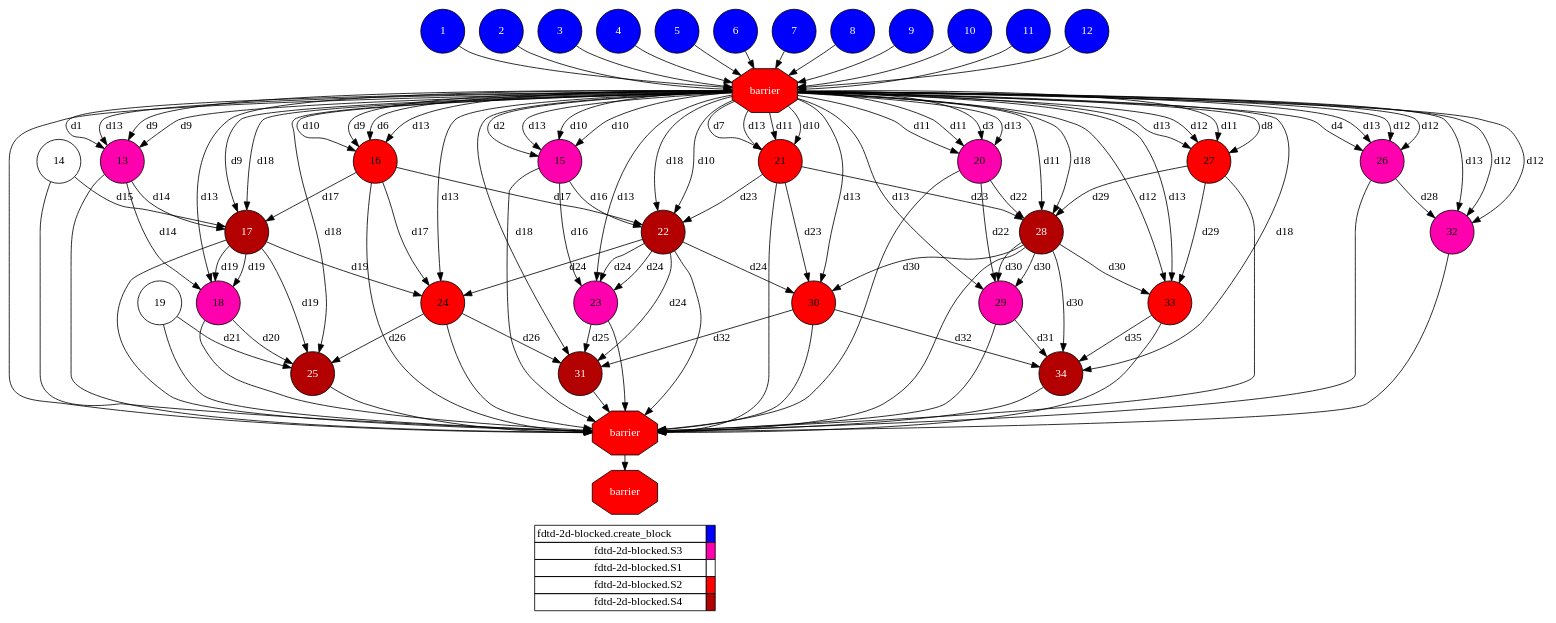
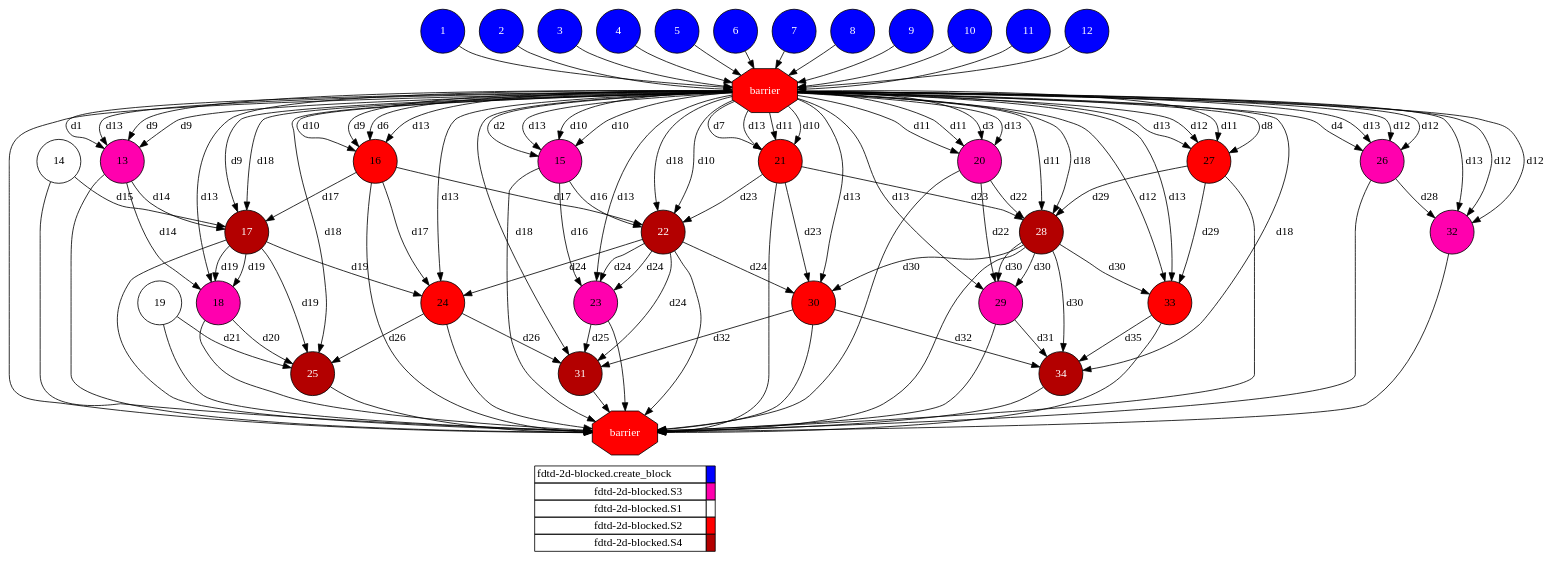
One commit to cristianrcv/pycompss-autoparallel changed the diagram in examples/fdtd-2d-blocked/results/local/autoparallel/complete_graph.dot. Above: the diagram before and after it, drawn with Graphviz. The commit also changed 107 other files, not shown here.

```diff
--- a/examples/fdtd-2d-blocked/results/local/autoparallel/complete_graph.dot
+++ b/examples/fdtd-2d-blocked/results/local/autoparallel/complete_graph.dot
@@ -1,197 +1,195 @@
 digraph {
   rankdir=TB;
   labeljust="l";
   subgraph dependence_graph {
     ranksep=0.20;
     node[height=0.75];
 
 1[shape=circle, style=filled fillcolor="#0000ff" fontcolor="#ffffff"];
 2[shape=circle, style=filled fillcolor="#0000ff" fontcolor="#ffffff"];
 3[shape=circle, style=filled fillcolor="#0000ff" fontcolor="#ffffff"];
 4[shape=circle, style=filled fillcolor="#0000ff" fontcolor="#ffffff"];
 5[shape=circle, style=filled fillcolor="#0000ff" fontcolor="#ffffff"];
 6[shape=circle, style=filled fillcolor="#0000ff" fontcolor="#ffffff"];
 7[shape=circle, style=filled fillcolor="#0000ff" fontcolor="#ffffff"];
 8[shape=circle, style=filled fillcolor="#0000ff" fontcolor="#ffffff"];
 9[shape=circle, style=filled fillcolor="#0000ff" fontcolor="#ffffff"];
 10[shape=circle, style=filled fillcolor="#0000ff" fontcolor="#ffffff"];
 11[shape=circle, style=filled fillcolor="#0000ff" fontcolor="#ffffff"];
 12[shape=circle, style=filled fillcolor="#0000ff" fontcolor="#ffffff"];
 Synchro1[label="barrier", shape=octagon, style=filled fillcolor="#ff0000" fontcolor="#FFFFFF"];
-6 -> Synchro1;
-4 -> Synchro1;
-5 -> Synchro1;
-8 -> Synchro1;
-11 -> Synchro1;
-10 -> Synchro1;
-3 -> Synchro1;
-12 -> Synchro1;
 1 -> Synchro1;
 7 -> Synchro1;
+5 -> Synchro1;
+3 -> Synchro1;
+4 -> Synchro1;
+2 -> Synchro1;
+10 -> Synchro1;
+11 -> Synchro1;
 9 -> Synchro1;
-2 -> Synchro1;
+12 -> Synchro1;
+6 -> Synchro1;
+8 -> Synchro1;
 13[shape=circle, style=filled fillcolor="#ff00ae" fontcolor="#000000"];
 Synchro1 -> 13[ label="d1" ];
 Synchro1 -> 13[ label="d13" ];
 Synchro1 -> 13[ label="d9" ];
 Synchro1 -> 13[ label="d9" ];
 14[shape=circle, style=filled fillcolor="#ffffff" fontcolor="#000000"];
 15[shape=circle, style=filled fillcolor="#ff00ae" fontcolor="#000000"];
 Synchro1 -> 15[ label="d2" ];
 Synchro1 -> 15[ label="d13" ];
 Synchro1 -> 15[ label="d10" ];
 Synchro1 -> 15[ label="d10" ];
 16[shape=circle, style=filled fillcolor="#ff0000" fontcolor="#000000"];
 Synchro1 -> 16[ label="d6" ];
 Synchro1 -> 16[ label="d13" ];
 Synchro1 -> 16[ label="d10" ];
 Synchro1 -> 16[ label="d9" ];
 17[shape=circle, style=filled fillcolor="#b30000" fontcolor="#ffffff"];
 Synchro1 -> 17[ label="d9" ];
 Synchro1 -> 17[ label="d18" ];
 13 -> 17[ label="d14" ];
 16 -> 17[ label="d17" ];
 14 -> 17[ label="d15" ];
 18[shape=circle, style=filled fillcolor="#ff00ae" fontcolor="#000000"];
 13 -> 18[ label="d14" ];
 Synchro1 -> 18[ label="d13" ];
 17 -> 18[ label="d19" ];
 17 -> 18[ label="d19" ];
 19[shape=circle, style=filled fillcolor="#ffffff" fontcolor="#000000"];
 20[shape=circle, style=filled fillcolor="#ff00ae" fontcolor="#000000"];
 Synchro1 -> 20[ label="d3" ];
 Synchro1 -> 20[ label="d13" ];
 Synchro1 -> 20[ label="d11" ];
 Synchro1 -> 20[ label="d11" ];
 21[shape=circle, style=filled fillcolor="#ff0000" fontcolor="#000000"];
 Synchro1 -> 21[ label="d7" ];
 Synchro1 -> 21[ label="d13" ];
 Synchro1 -> 21[ label="d11" ];
 Synchro1 -> 21[ label="d10" ];
 22[shape=circle, style=filled fillcolor="#b30000" fontcolor="#ffffff"];
 Synchro1 -> 22[ label="d10" ];
 Synchro1 -> 22[ label="d18" ];
 15 -> 22[ label="d16" ];
 21 -> 22[ label="d23" ];
 16 -> 22[ label="d17" ];
 23[shape=circle, style=filled fillcolor="#ff00ae" fontcolor="#000000"];
 15 -> 23[ label="d16" ];
 Synchro1 -> 23[ label="d13" ];
 22 -> 23[ label="d24" ];
 22 -> 23[ label="d24" ];
 24[shape=circle, style=filled fillcolor="#ff0000" fontcolor="#000000"];
 16 -> 24[ label="d17" ];
 Synchro1 -> 24[ label="d13" ];
 22 -> 24[ label="d24" ];
 17 -> 24[ label="d19" ];
 25[shape=circle, style=filled fillcolor="#b30000" fontcolor="#ffffff"];
 17 -> 25[ label="d19" ];
 Synchro1 -> 25[ label="d18" ];
 18 -> 25[ label="d20" ];
 24 -> 25[ label="d26" ];
 19 -> 25[ label="d21" ];
 26[shape=circle, style=filled fillcolor="#ff00ae" fontcolor="#000000"];
 Synchro1 -> 26[ label="d4" ];
 Synchro1 -> 26[ label="d13" ];
 Synchro1 -> 26[ label="d12" ];
 Synchro1 -> 26[ label="d12" ];
 27[shape=circle, style=filled fillcolor="#ff0000" fontcolor="#000000"];
 Synchro1 -> 27[ label="d8" ];
 Synchro1 -> 27[ label="d13" ];
 Synchro1 -> 27[ label="d12" ];
 Synchro1 -> 27[ label="d11" ];
 28[shape=circle, style=filled fillcolor="#b30000" fontcolor="#ffffff"];
 Synchro1 -> 28[ label="d11" ];
 Synchro1 -> 28[ label="d18" ];
 20 -> 28[ label="d22" ];
 27 -> 28[ label="d29" ];
 21 -> 28[ label="d23" ];
 29[shape=circle, style=filled fillcolor="#ff00ae" fontcolor="#000000"];
 20 -> 29[ label="d22" ];
 Synchro1 -> 29[ label="d13" ];
 28 -> 29[ label="d30" ];
 28 -> 29[ label="d30" ];
 30[shape=circle, style=filled fillcolor="#ff0000" fontcolor="#000000"];
 21 -> 30[ label="d23" ];
 Synchro1 -> 30[ label="d13" ];
 28 -> 30[ label="d30" ];
 22 -> 30[ label="d24" ];
 31[shape=circle, style=filled fillcolor="#b30000" fontcolor="#ffffff"];
 22 -> 31[ label="d24" ];
 Synchro1 -> 31[ label="d18" ];
 23 -> 31[ label="d25" ];
 30 -> 31[ label="d32" ];
 24 -> 31[ label="d26" ];
 32[shape=circle, style=filled fillcolor="#ff00ae" fontcolor="#000000"];
 26 -> 32[ label="d28" ];
 Synchro1 -> 32[ label="d13" ];
 Synchro1 -> 32[ label="d12" ];
 Synchro1 -> 32[ label="d12" ];
 33[shape=circle, style=filled fillcolor="#ff0000" fontcolor="#000000"];
 27 -> 33[ label="d29" ];
 Synchro1 -> 33[ label="d13" ];
 Synchro1 -> 33[ label="d12" ];
 28 -> 33[ label="d30" ];
 34[shape=circle, style=filled fillcolor="#b30000" fontcolor="#ffffff"];
 28 -> 34[ label="d30" ];
 Synchro1 -> 34[ label="d18" ];
 29 -> 34[ label="d31" ];
 33 -> 34[ label="d35" ];
 30 -> 34[ label="d32" ];
 Synchro2[label="barrier", shape=octagon, style=filled fillcolor="#ff0000" fontcolor="#FFFFFF"];
 Synchro1 -> Synchro2;
-31 -> Synchro2;
-34 -> Synchro2;
-29 -> Synchro2;
-16 -> Synchro2;
+20 -> Synchro2;
+33 -> Synchro2;
+22 -> Synchro2;
 32 -> Synchro2;
 19 -> Synchro2;
-13 -> Synchro2;
-21 -> Synchro2;
-14 -> Synchro2;
-18 -> Synchro2;
-17 -> Synchro2;
-25 -> Synchro2;
+23 -> Synchro2;
 26 -> Synchro2;
 27 -> Synchro2;
+21 -> Synchro2;
+17 -> Synchro2;
+18 -> Synchro2;
 30 -> Synchro2;
-22 -> Synchro2;
-20 -> Synchro2;
-23 -> Synchro2;
-33 -> Synchro2;
+31 -> Synchro2;
+16 -> Synchro2;
+29 -> Synchro2;
+14 -> Synchro2;
+34 -> Synchro2;
+25 -> Synchro2;
+13 -> Synchro2;
 28 -> Synchro2;
 24 -> Synchro2;
-15 -> Synchro2;
-Synchro3[label="barrier", shape=octagon, style=filled fillcolor="#ff0000" fontcolor="#FFFFFF"];
-Synchro2 -> Synchro3;  }
+15 -> Synchro2;  }
   subgraph legend {
     rank=sink;
     node [shape=plaintext, height=0.75];
     ranksep=0.20;
     label = "Legend";
     key [label=<
       <table border="0" cellpadding="2" cellspacing="0" cellborder="1">
 <tr>
 <td align="right">fdtd-2d-blocked.create_block</td>
 <td bgcolor="#0000ff">&nbsp;</td>
 </tr>
 <tr>
 <td align="right">fdtd-2d-blocked.S3</td>
 <td bgcolor="#ff00ae">&nbsp;</td>
 </tr>
 <tr>
 <td align="right">fdtd-2d-blocked.S1</td>
 <td bgcolor="#ffffff">&nbsp;</td>
 </tr>
 <tr>
 <td align="right">fdtd-2d-blocked.S2</td>
 <td bgcolor="#ff0000">&nbsp;</td>
 </tr>
 <tr>
 <td align="right">fdtd-2d-blocked.S4</td>
 <td bgcolor="#b30000">&nbsp;</td>
 </tr>
       </table>
     >]
   }
 }
```
